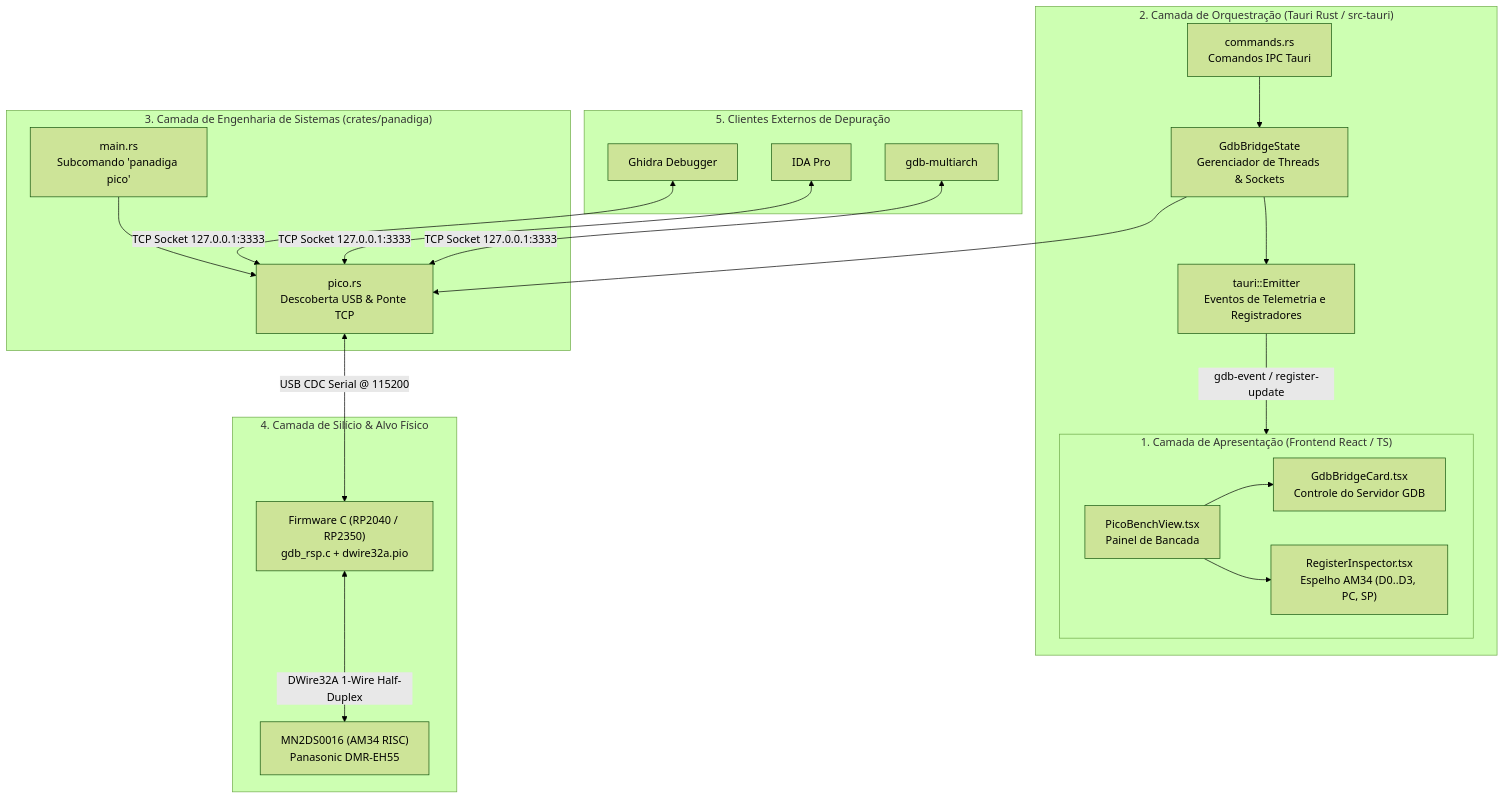
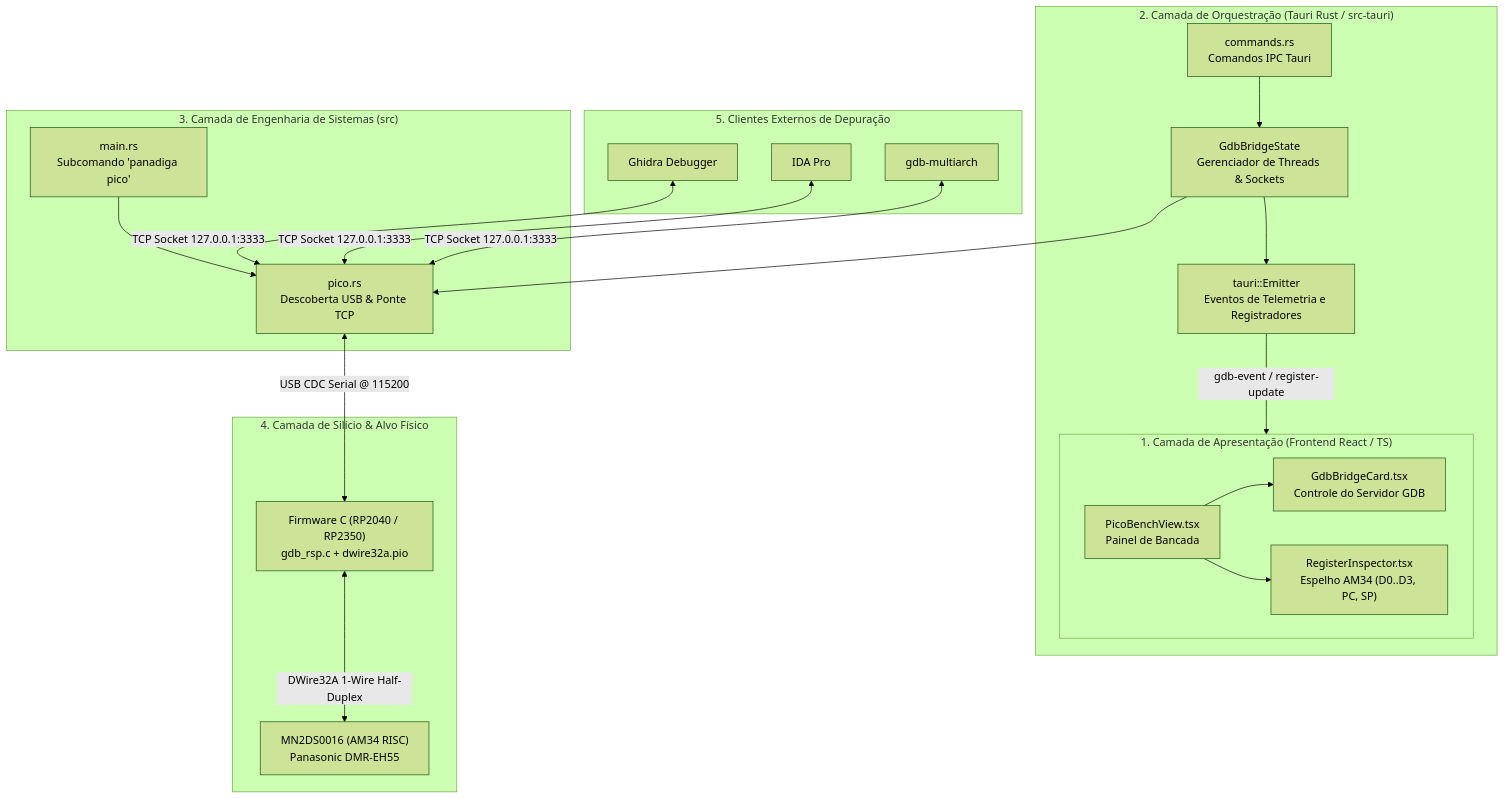
The diagram in docs/PLANO_CONEXAO_CODEBASE_GDB_DESKTOP.md (danielchrono/Panadiga), drawn with Mermaid (forest theme) before and after one commit. The commit also changed other lines of this file and 63 other files, not shown here.

````diff
--- a/docs/PLANO_CONEXAO_CODEBASE_GDB_DESKTOP.md
+++ b/docs/PLANO_CONEXAO_CODEBASE_GDB_DESKTOP.md
@@ -13,40 +13,40 @@
 ```mermaid
 flowchart TD
     subgraph UI["1. Camada de Apresentação (Frontend React / TS)"]
         PV["PicoBenchView.tsx<br/>Painel de Bancada"]
         GC["GdbBridgeCard.tsx<br/>Controle do Servidor GDB"]
         RC["RegisterInspector.tsx<br/>Espelho AM34 (D0..D3, PC, SP)"]
         PV --> GC
         PV --> RC
     end
 
     subgraph Backend["2. Camada de Orquestração (Tauri Rust / src-tauri)"]
         CH["commands.rs<br/>Comandos IPC Tauri"]
         ST["GdbBridgeState<br/>Gerenciador de Threads & Sockets"]
         EV["tauri::Emitter<br/>Eventos de Telemetria e Registradores"]
         CH --> ST
         ST --> EV
         EV -->|gdb-event / register-update| UI
     end
 
-    subgraph Core["3. Camada de Engenharia de Sistemas (crates/panadiga)"]
+    subgraph Core["3. Camada de Engenharia de Sistemas (src)"]
         PCore["pico.rs<br/>Descoberta USB & Ponte TCP"]
         CLI["main.rs<br/>Subcomando 'panadiga pico'"]
         CLI --> PCore
         ST --> PCore
     end
 
     subgraph Hardware["4. Camada de Silício & Alvo Físico"]
         PicoFW["Firmware C (RP2040 / RP2350)<br/>gdb_rsp.c + dwire32a.pio"]
         TargetSoC["MN2DS0016 (AM34 RISC)<br/>Panasonic DMR-EH55"]
         PCore <-->|USB CDC Serial @ 115200| PicoFW
         PicoFW <-->|DWire32A 1-Wire Half-Duplex| TargetSoC
     end
 
     subgraph Debuggers["5. Clientes Externos de Depuração"]
         Ghidra["Ghidra Debugger"]
         IDA["IDA Pro"]
         GDB["gdb-multiarch"]
         Ghidra & IDA & GDB <-->|TCP Socket 127.0.0.1:3333| PCore
     end
 ```
````
